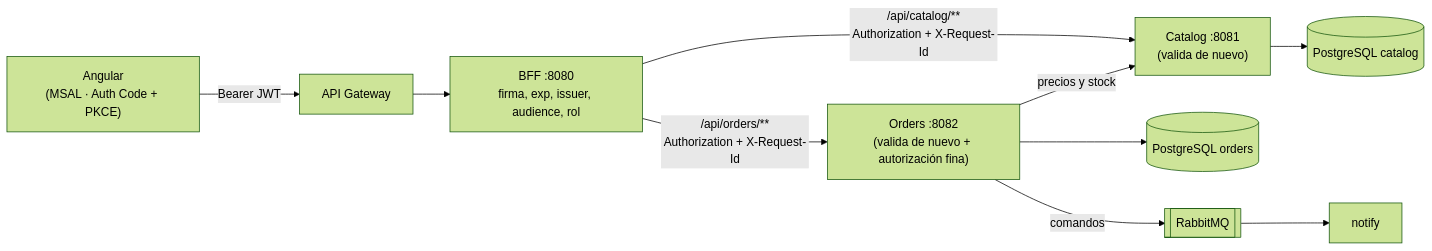
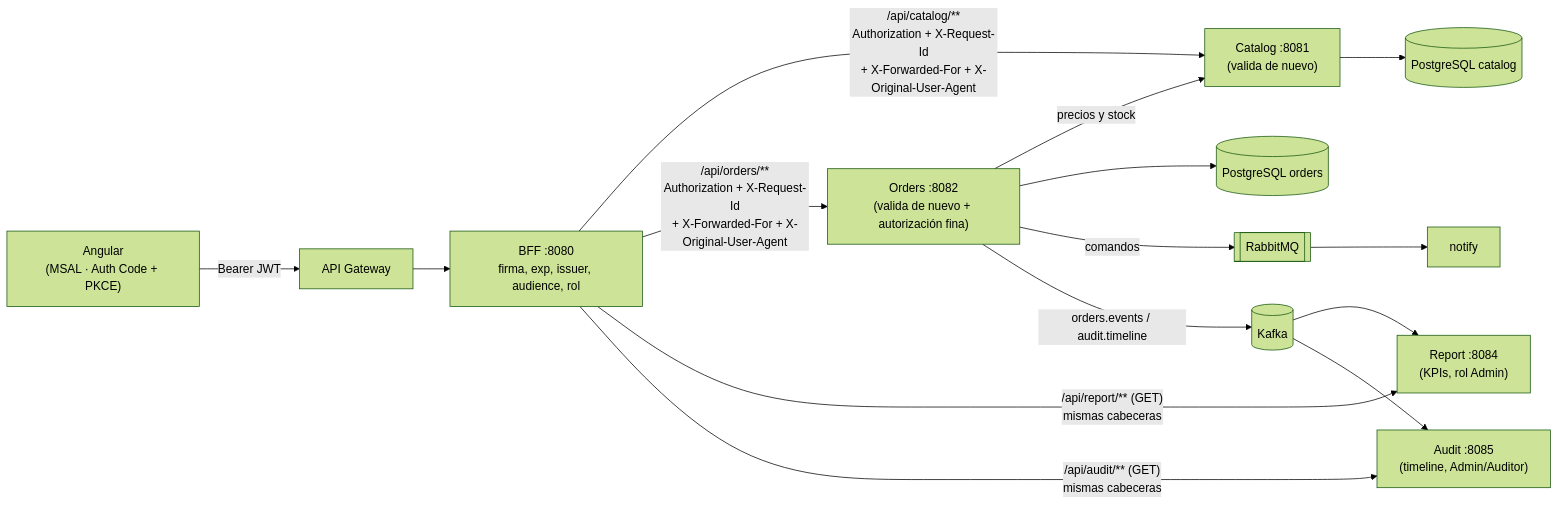
Before and after one commit to felruizrojas/ms-pedidos360-bff: the diagram in README.md, drawn with Mermaid (forest theme). The commit also changed other lines of this file and 20 other files, not shown here.

````diff
--- a/README.md
+++ b/README.md
@@ -7,10 +7,15 @@
 ```mermaid
 flowchart LR
     F["Angular<br/>(MSAL · Auth Code + PKCE)"] -- "Bearer JWT" --> G[API Gateway] --> B["BFF :8080<br/>firma, exp, issuer, audience, rol"]
-    B -- "/api/catalog/**<br/>Authorization + X-Request-Id" --> C["Catalog :8081<br/>(valida de nuevo)"]
-    B -- "/api/orders/**<br/>Authorization + X-Request-Id" --> O["Orders :8082<br/>(valida de nuevo + autorización fina)"]
+    B -- "/api/catalog/**<br/>Authorization + X-Request-Id<br/>+ X-Forwarded-For + X-Original-User-Agent" --> C["Catalog :8081<br/>(valida de nuevo)"]
+    B -- "/api/orders/**<br/>Authorization + X-Request-Id<br/>+ X-Forwarded-For + X-Original-User-Agent" --> O["Orders :8082<br/>(valida de nuevo + autorización fina)"]
     O -- "precios y stock" --> C
     C --> PC[(PostgreSQL catalog)]
     O --> PO[(PostgreSQL orders)]
     O -- comandos --> R[[RabbitMQ]] --> N[notify]
+    B -- "/api/report/** (GET)<br/>mismas cabeceras" --> RP["Report :8084<br/>(KPIs, rol Admin)"]
+    B -- "/api/audit/** (GET)<br/>mismas cabeceras" --> AU["Audit :8085<br/>(timeline, Admin/Auditor)"]
+    O -- "orders.events / audit.timeline" --> K[(Kafka)]
+    K --> RP
+    K --> AU
 ```
````
